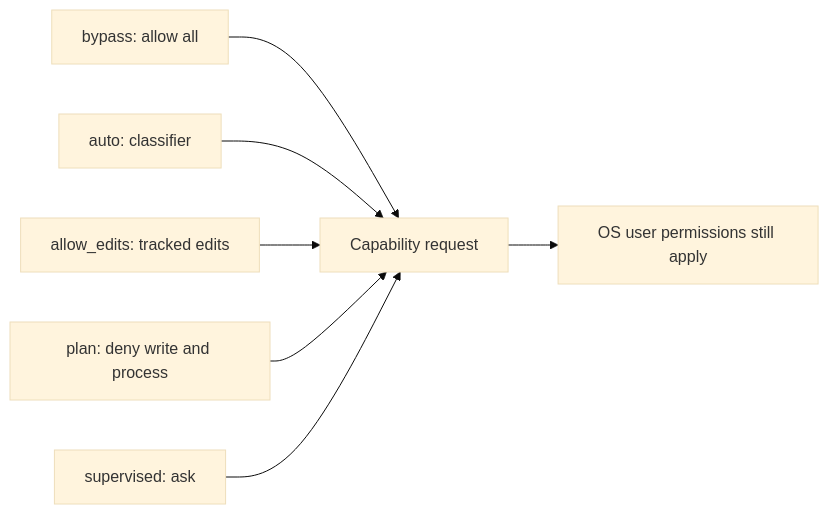
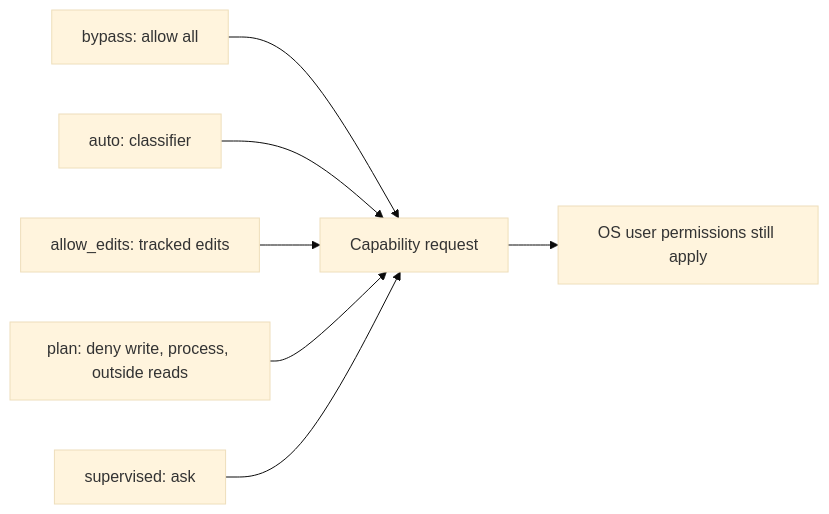
Before and after one commit to matthewyjiang/rho: the second of 2 diagrams in docs/tools-workspace.md, drawn with Mermaid (base theme). The commit also changed other lines of this file and 19 other files, not shown here.

First line of the commit message:
fix(permission): stop silent reads of files outside the workspace (#1033)

````diff
--- a/docs/tools-workspace.md
+++ b/docs/tools-workspace.md
@@ -56,9 +56,9 @@
 ```mermaid
 flowchart LR
     bypass[bypass: allow all] --> cap[Capability request]
     auto[auto: classifier] --> cap
     allowEdits[allow_edits: tracked edits] --> cap
-    plan[plan: deny write and process] --> cap
+    plan[plan: deny write, process, outside reads] --> cap
     supervised[supervised: ask] --> cap
     cap --> os[OS user permissions still apply]
 ```
````
